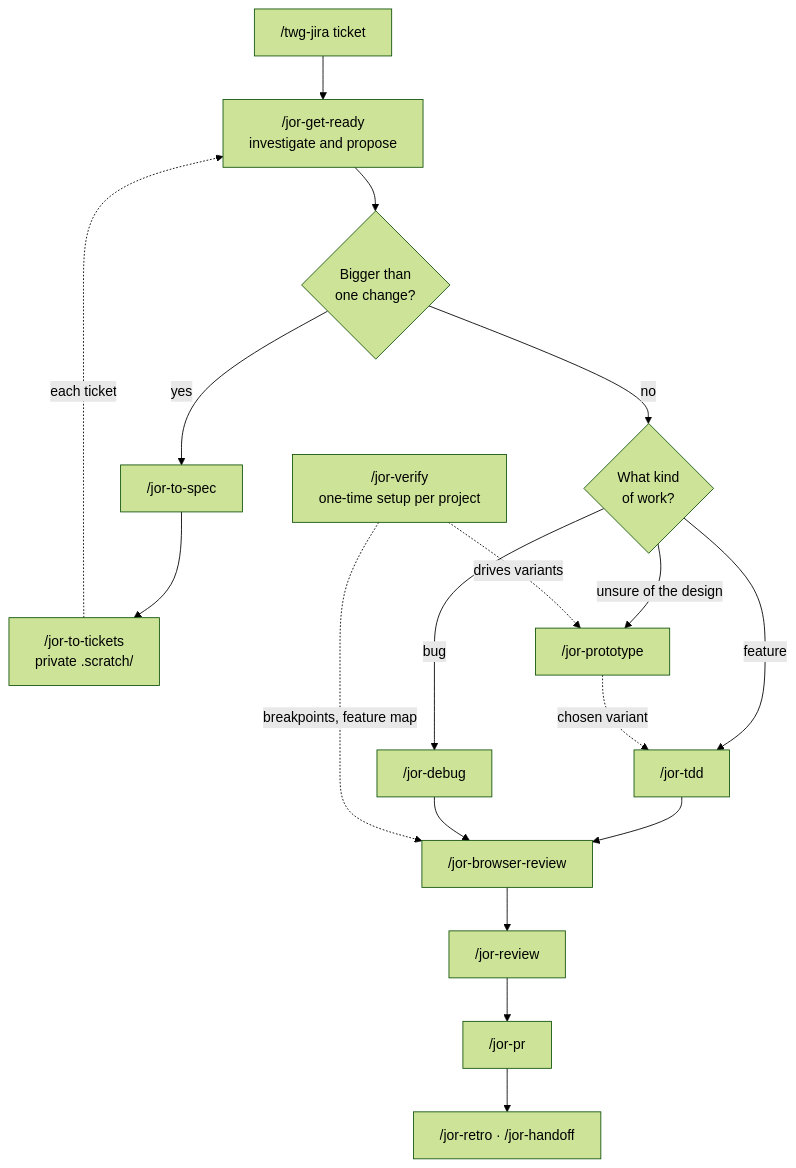
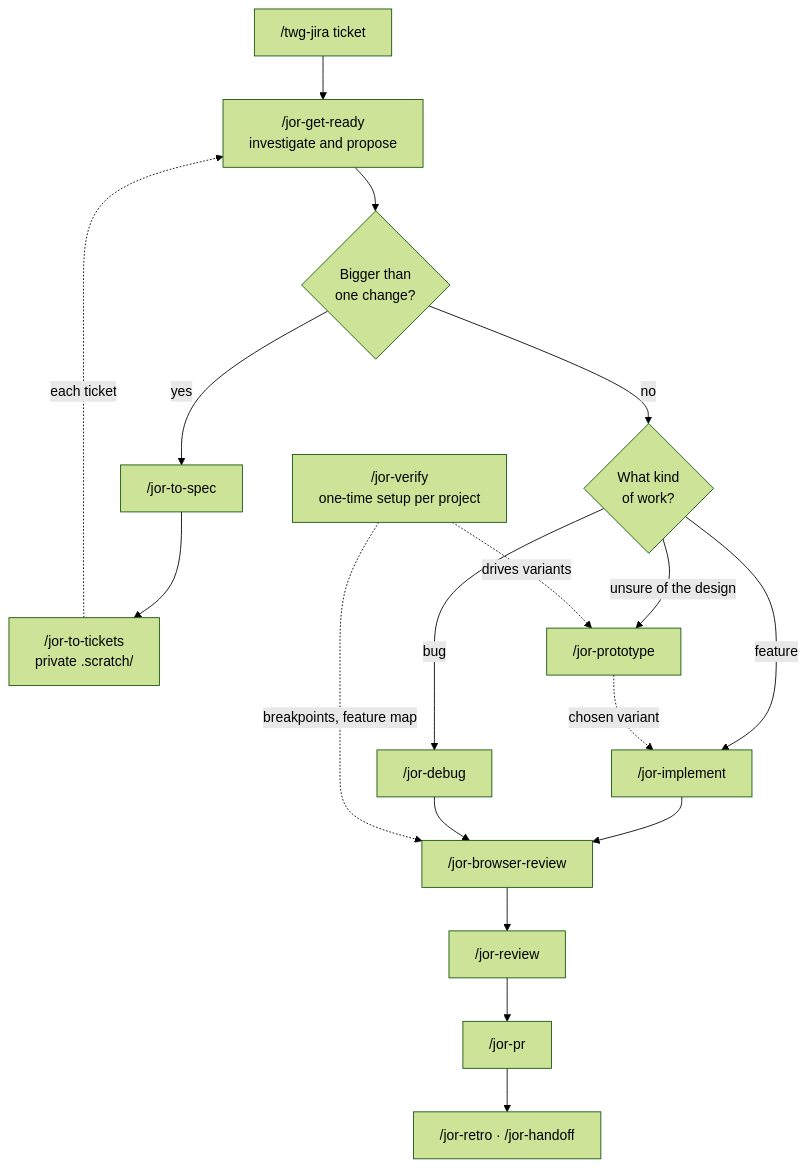
One commit to jorsisu/jor-stack changed the diagram in docs/flow.mmd. Above: the diagram before and after it, drawn with Mermaid (forest theme). The commit also changed 7 other files, not shown here.

Commit message:
Route feature work through jor-implement

```diff
--- a/docs/flow.mmd
+++ b/docs/flow.mmd
@@ -1,18 +1,18 @@
 flowchart TD
     jira["/twg-jira ticket"] --> ready["/jor-get-ready<br/>investigate and propose"]
     ready --> big{"Bigger than<br/>one change?"}
     big -- yes --> spec["/jor-to-spec"]
     spec --> tickets["/jor-to-tickets<br/>private .scratch/"]
     tickets -. each ticket .-> ready
     big -- no --> kind{"What kind<br/>of work?"}
-    kind -- feature --> tdd["/jor-tdd"]
+    kind -- feature --> implement["/jor-implement"]
     kind -- bug --> debug["/jor-debug"]
     kind -- unsure of the design --> proto["/jor-prototype"]
-    proto -. chosen variant .-> tdd
-    tdd --> browser["/jor-browser-review"]
+    proto -. chosen variant .-> implement
+    implement --> browser["/jor-browser-review"]
     debug --> browser
     browser --> review["/jor-review"]
     review --> pr["/jor-pr"]
     pr --> close["/jor-retro · /jor-handoff"]
     verify["/jor-verify<br/>one-time setup per project"] -. drives variants .-> proto
     verify -. breakpoints, feature map .-> browser
```
